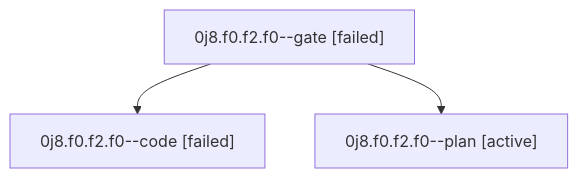
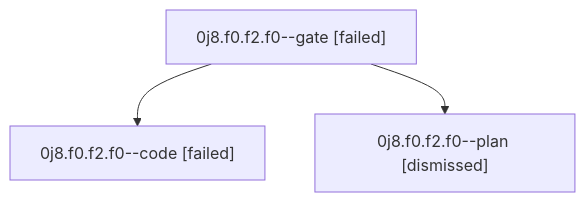
Before and after one commit to sase-org/sase--agents: the diagram in sessions/bbugyi200.athena.0j8.f0.f2.f0.md, drawn with Mermaid. The commit also changed other lines of this file and 50 other files, not shown here.

````diff
--- a/sessions/bbugyi200.athena.0j8.f0.f2.f0.md
+++ b/sessions/bbugyi200.athena.0j8.f0.f2.f0.md
@@ -9,8 +9,8 @@
 ```mermaid
 flowchart TD
   n0["0j8.f0.f2.f0--gate [failed]"]
   n1["0j8.f0.f2.f0--code [failed]"]
   n0 --> n1
-  n2["0j8.f0.f2.f0--plan [active]"]
+  n2["0j8.f0.f2.f0--plan [dismissed]"]
   n0 --> n2
 ```
````
